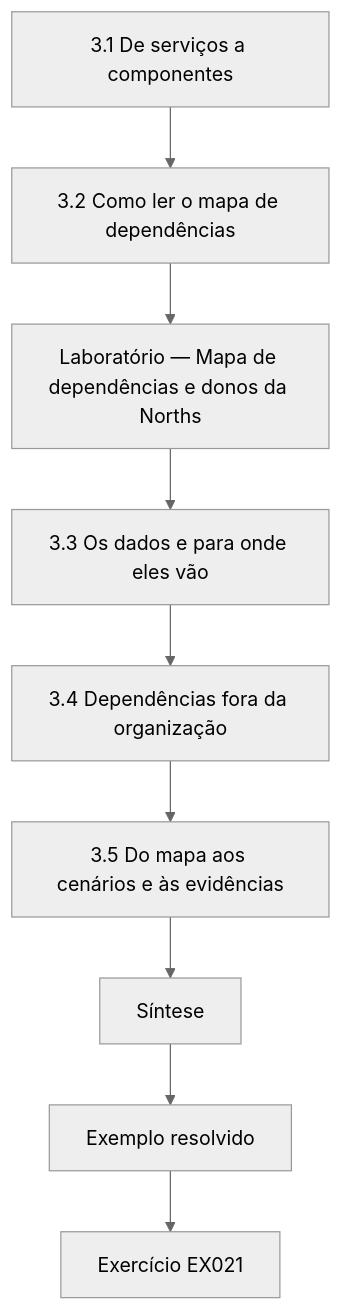
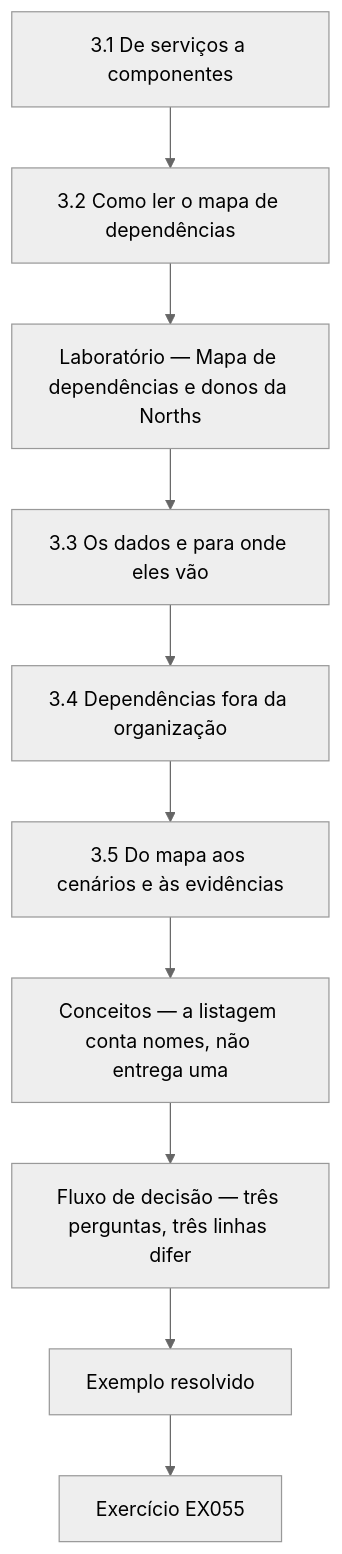
One commit to hiagokinlevi/CyKin changed the seventh of 12 diagrams in levels/rapid-1-month/security-governance-risk-compliance/pt/book/MANUSCRIPT.md. Above: the diagram before and after it, drawn with Mermaid (neutral theme). The commit also changed other lines of this file and 1 other file, not shown here.

````diff
--- a/levels/rapid-1-month/security-governance-risk-compliance/pt/book/MANUSCRIPT.md
+++ b/levels/rapid-1-month/security-governance-risk-compliance/pt/book/MANUSCRIPT.md
@@ -359,13 +459,14 @@
 ```mermaid
 flowchart TD
   N0["3.1 De serviços a componentes"]
   N1["3.2 Como ler o mapa de dependências"]
   N2["Laboratório — Mapa de dependências e donos da Norths"]
   N3["3.3 Os dados e para onde eles vão"]
   N4["3.4 Dependências fora da organização"]
   N5["3.5 Do mapa aos cenários e às evidências"]
-  N6["Síntese"]
-  N0 --> N1 --> N2 --> N3 --> N4 --> N5 --> N6
-  N6 --> EX["Exemplo resolvido"]
-  EX --> Q["Exercício EX021"]
+  N6["Conceitos — a listagem conta nomes, não entrega uma"]
+  N7["Fluxo de decisão — três perguntas, três linhas difer"]
+  N0 --> N1 --> N2 --> N3 --> N4 --> N5 --> N6 --> N7
+  N7 --> EX["Exemplo resolvido"]
+  EX --> Q["Exercício EX055"]
 ```
````
